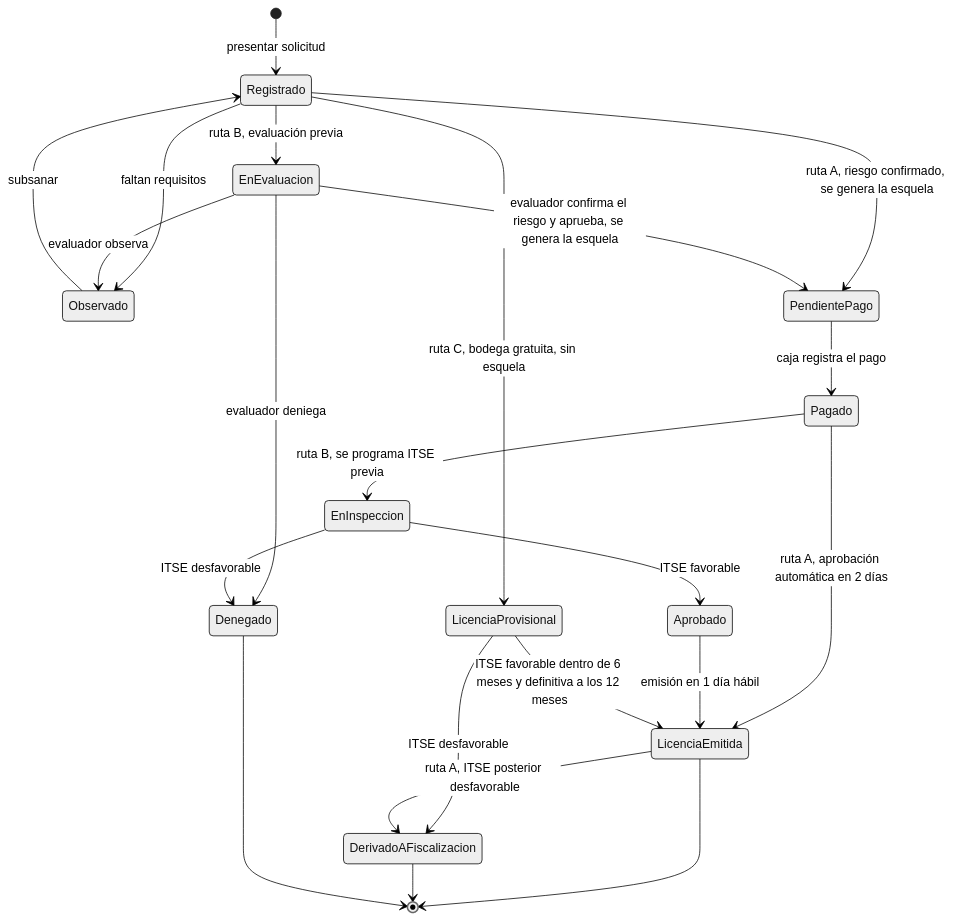
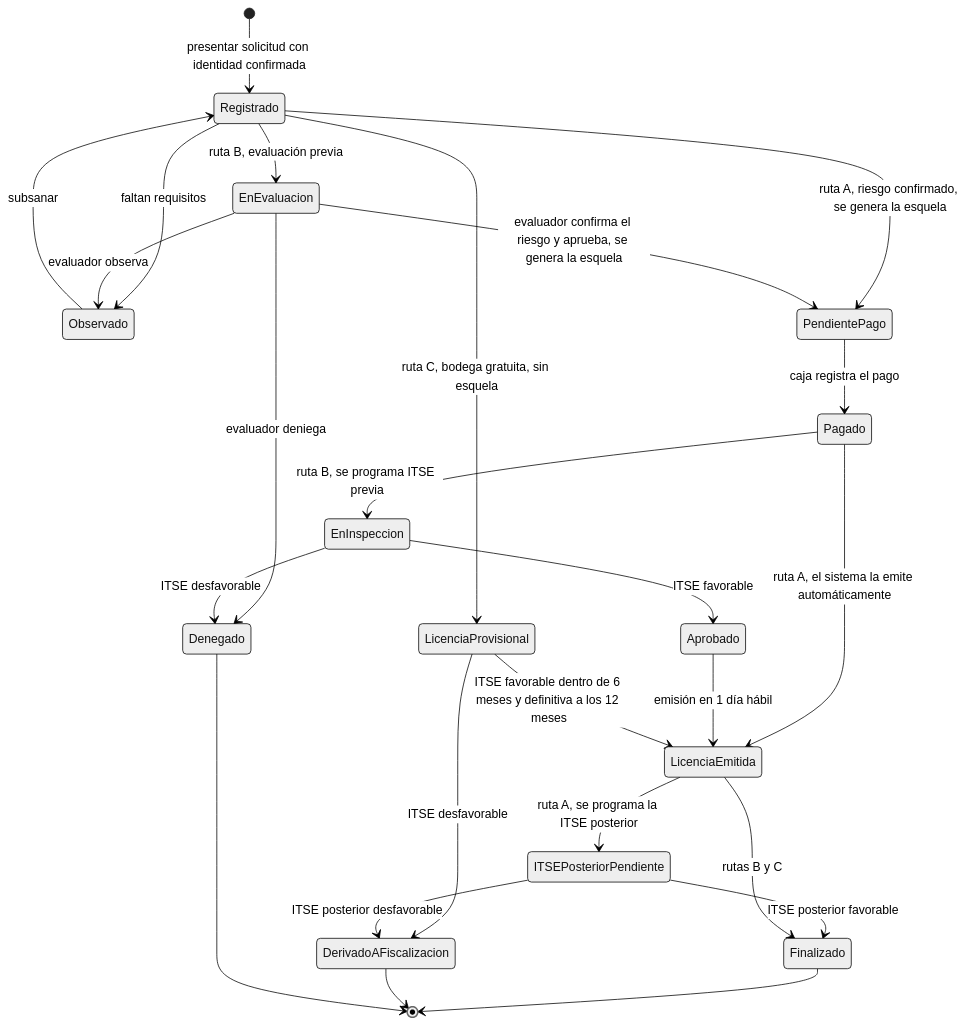
The diagram in docs/03-diseno-de-software/diseno-interno/diseno-interno-de-modulos.md (yeymyloson18/Licencias-Huanta-arquitSoft-JEIMY), drawn with Mermaid (neutral theme) before and after one commit. The commit also changed other lines of this file and 19 other files, not shown here.

````diff
--- a/docs/03-diseno-de-software/diseno-interno/diseno-interno-de-modulos.md
+++ b/docs/03-diseno-de-software/diseno-interno/diseno-interno-de-modulos.md
@@ -43,24 +58,27 @@
 ```mermaid
 stateDiagram-v2
-    [*] --> Registrado: presentar solicitud
+    [*] --> Registrado: presentar solicitud con identidad confirmada
     Registrado --> Observado: faltan requisitos
     Observado --> Registrado: subsanar
     Registrado --> PendientePago: ruta A, riesgo confirmado, se genera la esquela
     Registrado --> EnEvaluacion: ruta B, evaluación previa
     Registrado --> LicenciaProvisional: ruta C, bodega gratuita, sin esquela
     EnEvaluacion --> Observado: evaluador observa
     EnEvaluacion --> Denegado: evaluador deniega
     EnEvaluacion --> PendientePago: evaluador confirma el riesgo y aprueba, se genera la esquela
     PendientePago --> Pagado: caja registra el pago
-    Pagado --> LicenciaEmitida: ruta A, aprobación automática en 2 días
+    Pagado --> LicenciaEmitida: ruta A, el sistema la emite automáticamente
     Pagado --> EnInspeccion: ruta B, se programa ITSE previa
     EnInspeccion --> Aprobado: ITSE favorable
     EnInspeccion --> Denegado: ITSE desfavorable
     Aprobado --> LicenciaEmitida: emisión en 1 día hábil
     LicenciaProvisional --> LicenciaEmitida: ITSE favorable dentro de 6 meses y definitiva a los 12 meses
     LicenciaProvisional --> DerivadoAFiscalizacion: ITSE desfavorable
-    LicenciaEmitida --> DerivadoAFiscalizacion: ruta A, ITSE posterior desfavorable
-    LicenciaEmitida --> [*]
+    LicenciaEmitida --> ITSEPosteriorPendiente: ruta A, se programa la ITSE posterior
+    ITSEPosteriorPendiente --> Finalizado: ITSE posterior favorable
+    ITSEPosteriorPendiente --> DerivadoAFiscalizacion: ITSE posterior desfavorable
+    LicenciaEmitida --> Finalizado: rutas B y C
+    Finalizado --> [*]
     DerivadoAFiscalizacion --> [*]
     Denegado --> [*]
 ```
````
